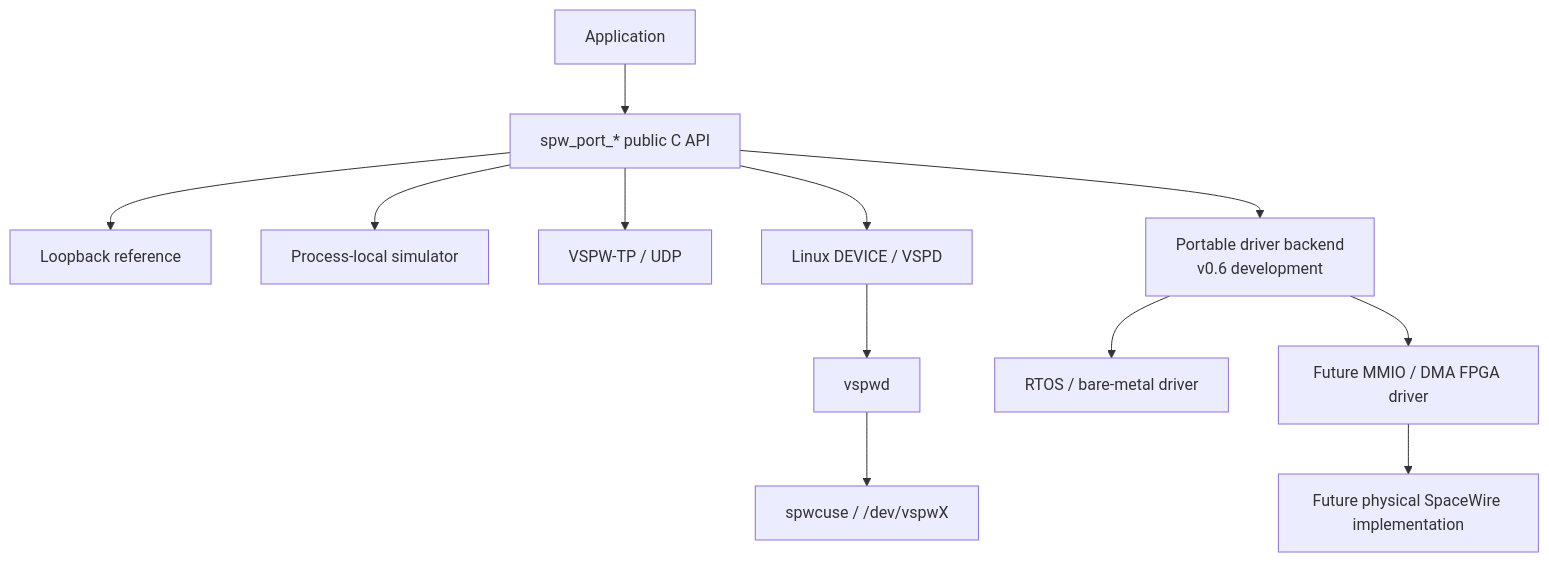
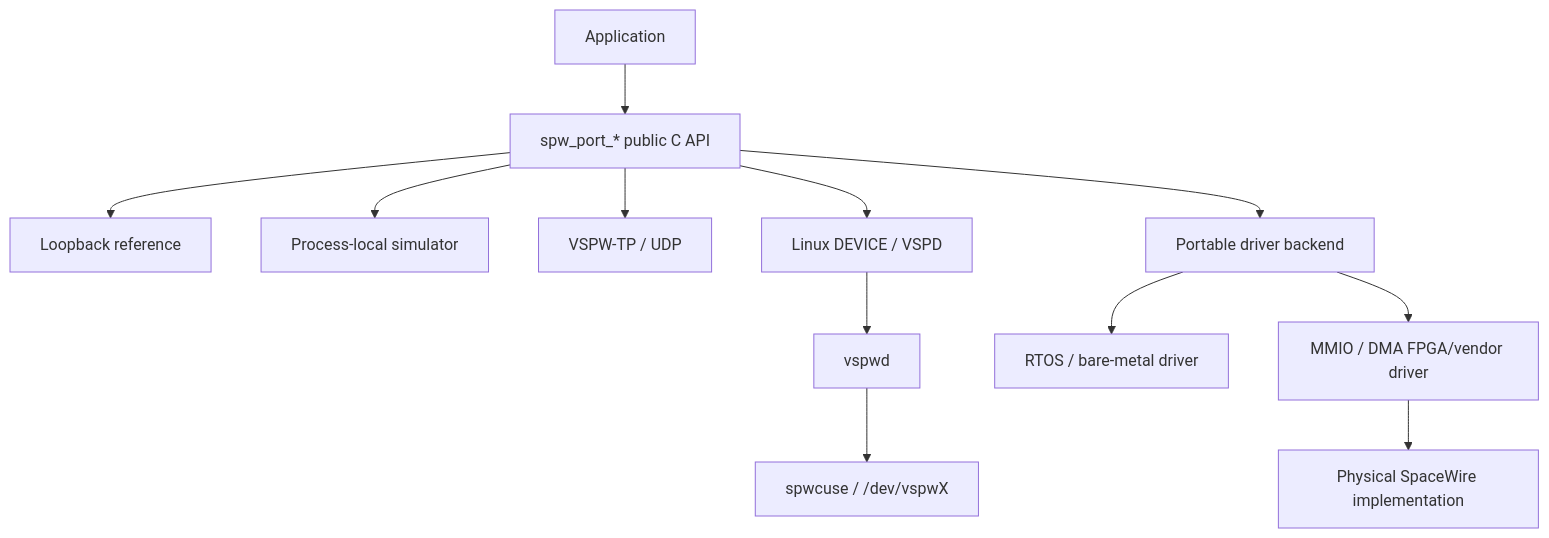
The first of 5 diagrams in README.md (ExoSpaceLabs/spwkit), drawn with Mermaid before and after one commit. The commit also changed other lines of this file and 5 other files, not shown here.

````diff
--- a/README.md
+++ b/README.md
@@ -12,14 +12,14 @@
 ```mermaid
 flowchart TB
     APP["Application"] --> API["spw_port_* public C API"]
     API --> LOOP["Loopback reference"]
     API --> SIM["Process-local simulator"]
     API --> UDP["VSPW-TP / UDP"]
     API --> DEV["Linux DEVICE / VSPD"]
     DEV --> VSPWD["vspwd"]
     VSPWD --> CUSE["spwcuse / /dev/vspwX"]
-    API --> DRIVER["Portable driver backend<br/>v0.6 development"]
+    API --> DRIVER["Portable driver backend"]
     DRIVER --> RTOS["RTOS / bare-metal driver"]
-    DRIVER --> FPGA["Future MMIO / DMA FPGA driver"]
-    FPGA --> PHY["Future physical SpaceWire implementation"]
+    DRIVER --> FPGA["MMIO / DMA FPGA/vendor driver"]
+    FPGA --> PHY["Physical SpaceWire implementation"]
 ```
````
